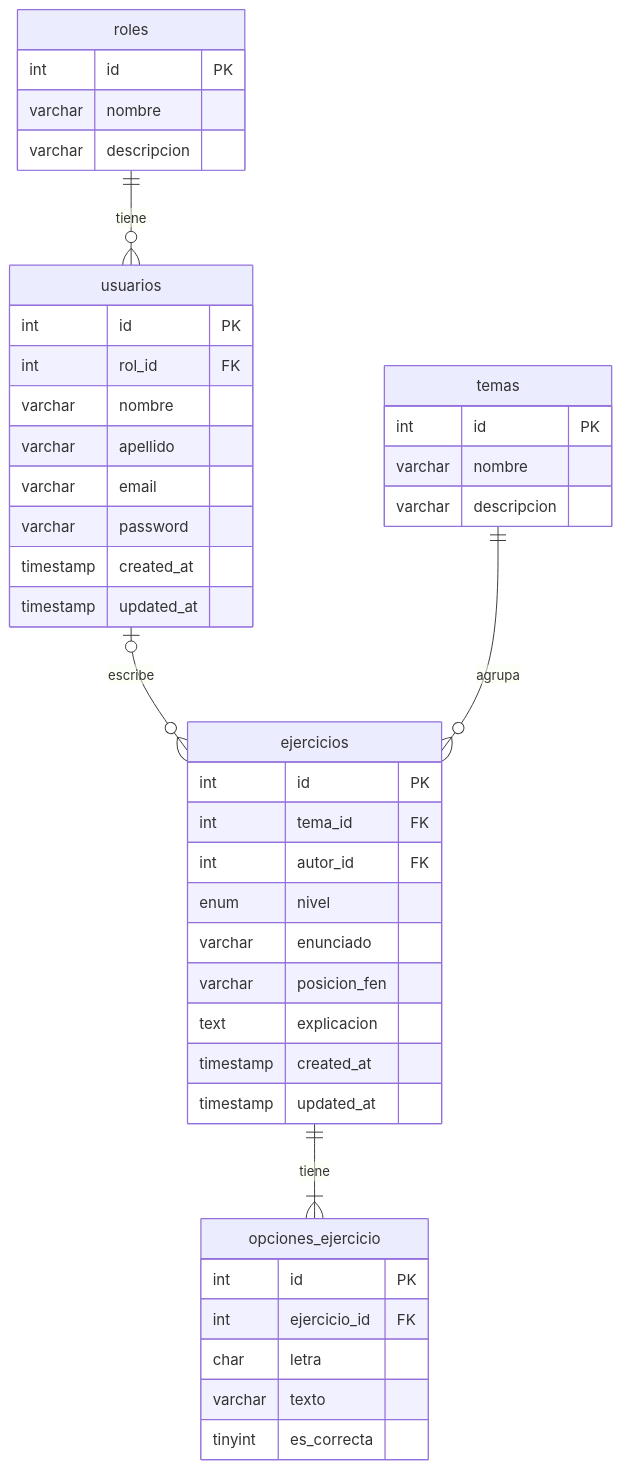
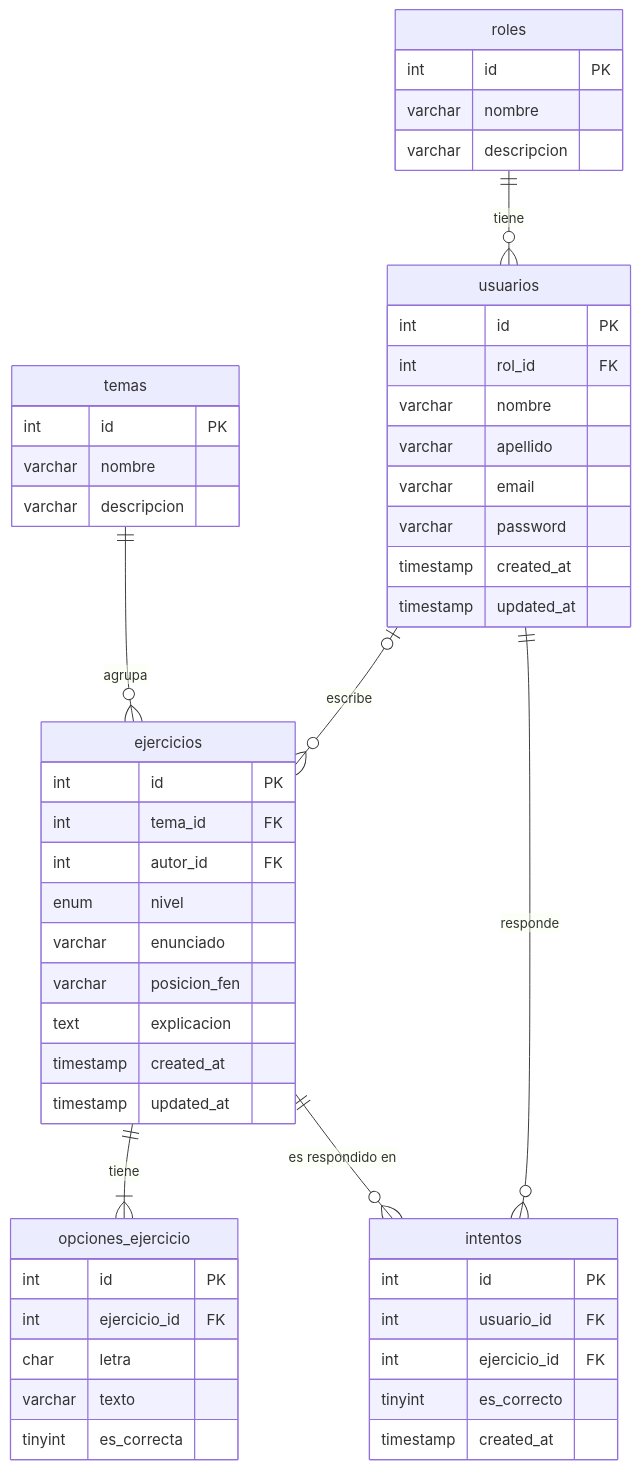
One commit to Guaimas/TeoriasobreAjedrez- changed the diagram in tp6/NORMALIZACION.md. Above: the diagram before and after it, drawn with Mermaid. The commit also changed other lines of this file and 3 other files, not shown here.

First line of the commit message:
feat: TP6 - tabla de relación N:M intentos (usuarios <-> ejercicios)

````diff
--- a/tp6/NORMALIZACION.md
+++ b/tp6/NORMALIZACION.md
@@ -136,46 +168,55 @@
 ```mermaid
 erDiagram
     roles ||--o{ usuarios : "tiene"
     usuarios |o--o{ ejercicios : "escribe"
     temas ||--o{ ejercicios : "agrupa"
     ejercicios ||--|{ opciones_ejercicio : "tiene"
+    usuarios ||--o{ intentos : "responde"
+    ejercicios ||--o{ intentos : "es respondido en"
 
     roles {
         int id PK
         varchar nombre
         varchar descripcion
     }
     temas {
         int id PK
         varchar nombre
         varchar descripcion
     }
     usuarios {
         int id PK
         int rol_id FK
         varchar nombre
         varchar apellido
         varchar email
         varchar password
         timestamp created_at
         timestamp updated_at
     }
     ejercicios {
         int id PK
         int tema_id FK
         int autor_id FK
         enum nivel
         varchar enunciado
         varchar posicion_fen
         text explicacion
         timestamp created_at
         timestamp updated_at
     }
     opciones_ejercicio {
         int id PK
         int ejercicio_id FK
         char letra
         varchar texto
         tinyint es_correcta
     }
+    intentos {
+        int id PK
+        int usuario_id FK
+        int ejercicio_id FK
+        tinyint es_correcto
+        timestamp created_at
+    }
 ```
````
